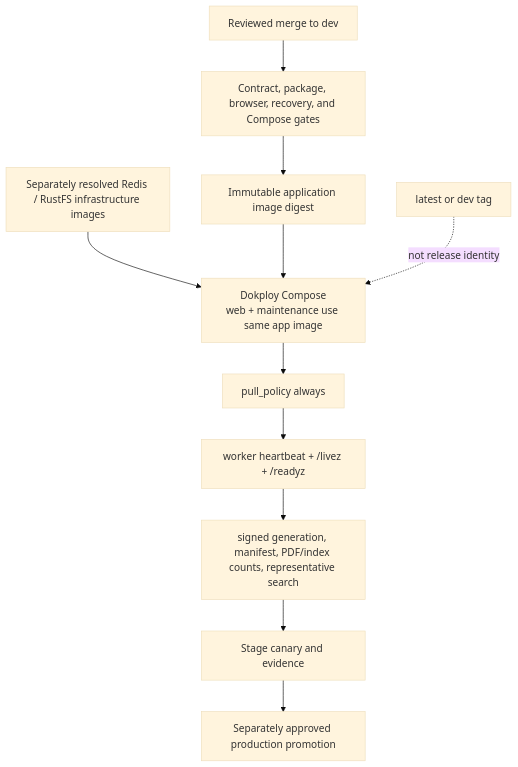
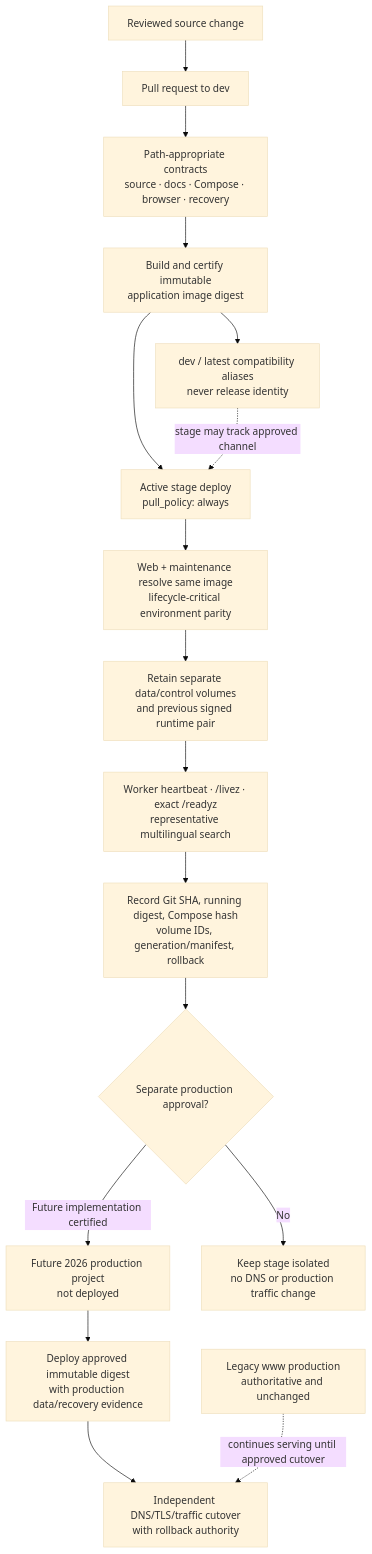
One commit to Nimble-esolutions/PdfSearch changed the diagram in docs/diagrams/deployment-flow.mmd. Above: the diagram before and after it, drawn with Mermaid (base theme). The commit also changed 69 other files, not shown here.

First line of the commit message:
Optimize signed-runtime search latency and answer continuity (#192)

```diff
--- a/docs/diagrams/deployment-flow.mmd
+++ b/docs/diagrams/deployment-flow.mmd
@@ -1,11 +1,21 @@
 flowchart TD
-    source["Reviewed merge to dev"] --> ci["Contract, package, browser, recovery, and Compose gates"]
-    ci --> digest["Immutable application image digest"]
-    infra["Separately resolved Redis / RustFS infrastructure images"] --> dokploy
-    digest --> dokploy["Dokploy Compose\nweb + maintenance use same app image"]
-    dokploy --> pull["pull_policy always"]
-    pull --> health["worker heartbeat + /livez + /readyz"]
-    health --> data["signed generation, manifest, PDF/index counts, representative search"]
-    data --> stage["Stage canary and evidence"]
-    stage --> promote["Separately approved production promotion"]
-    tag["latest or dev tag"] -. "not release identity" .-> dokploy
+    source["Reviewed source change"] --> pr["Pull request to dev"]
+    pr --> checks["Path-appropriate contracts<br/>source · docs · Compose · browser · recovery"]
+    checks --> candidate["Build and certify immutable<br/>application image digest"]
+    candidate --> aliases["dev / latest compatibility aliases<br/>never release identity"]
+
+    candidate --> stage_pull["Active stage deploy<br/>pull_policy: always"]
+    aliases -. "stage may track approved channel" .-> stage_pull
+    stage_pull --> parity["Web + maintenance resolve same image<br/>lifecycle-critical environment parity"]
+    parity --> preserve["Retain separate data/control volumes<br/>and previous signed runtime pair"]
+    preserve --> stage_gate["Worker heartbeat · /livez · exact /readyz<br/>representative multilingual search"]
+    stage_gate --> evidence["Record Git SHA, running digest, Compose hash<br/>volume IDs, generation/manifest, rollback"]
+
+    legacy["Legacy www production<br/>authoritative and unchanged"]
+    future["Future 2026 production project<br/>not deployed"]
+    evidence --> approval{"Separate production approval?"}
+    approval -->|No| keep["Keep stage isolated<br/>no DNS or production traffic change"]
+    approval -->|Future implementation certified| future
+    future --> prod_digest["Deploy approved immutable digest<br/>with production data/recovery evidence"]
+    prod_digest --> cutover["Independent DNS/TLS/traffic cutover<br/>with rollback authority"]
+    legacy -. "continues serving until approved cutover" .-> cutover
```
